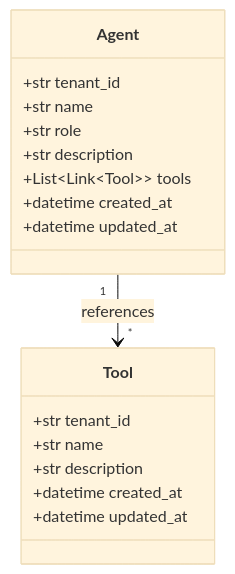
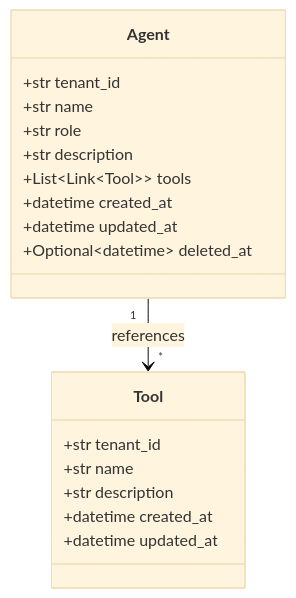
The third of 11 diagrams in docs/models_schemas_db.md (EladAriel/mini-agent-platform), drawn with Mermaid (base theme) before and after one commit. The commit also changed other lines of this file and 53 other files, not shown here.

````diff
--- a/docs/models_schemas_db.md
+++ b/docs/models_schemas_db.md
@@ -68,20 +71,21 @@
 ```mermaid
 classDiagram
     class Agent {
         +str tenant_id
         +str name
         +str role
         +str description
         +List~Link~Tool~~ tools
         +datetime created_at
         +datetime updated_at
+        +Optional~datetime~ deleted_at
     }
     class Tool {
         +str tenant_id
         +str name
         +str description
         +datetime created_at
         +datetime updated_at
     }
     Agent "1" --> "*" Tool : references
 ```
````
